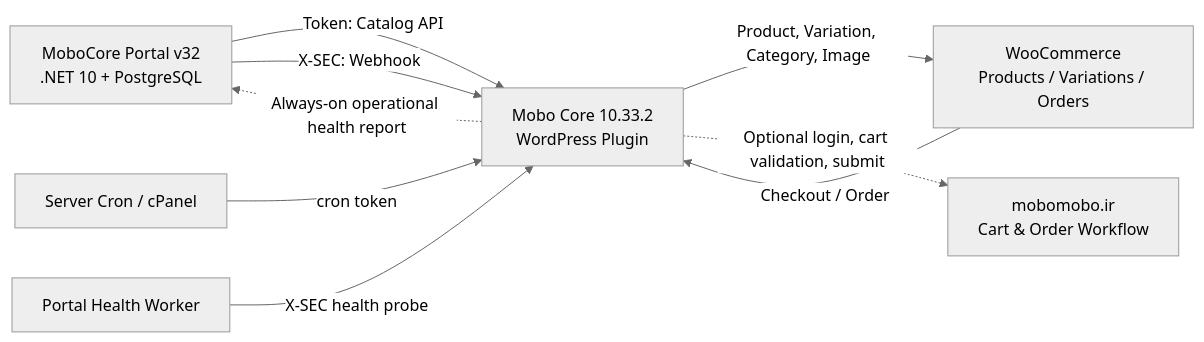
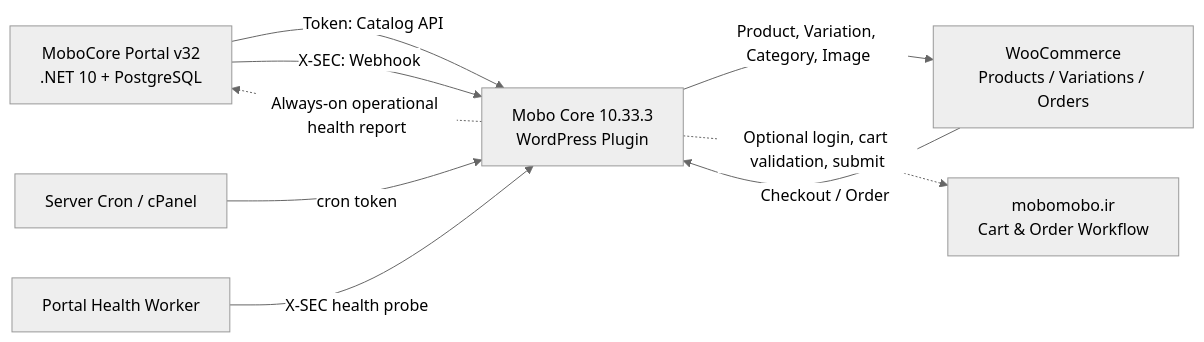
One commit to PedramDev/mobo-core changed the first of 11 diagrams in wp-content/plugins/mobo-core/DIAGRAMS.MD. Above: the diagram before and after it, drawn with Mermaid (neutral theme). The commit also changed other lines of this file and 14 other files, not shown here.

````diff
--- a/wp-content/plugins/mobo-core/DIAGRAMS.MD
+++ b/wp-content/plugins/mobo-core/DIAGRAMS.MD
@@ -21,18 +21,18 @@
 ```mermaid
 flowchart LR
     P["MoboCore Portal v32<br/>.NET 10 + PostgreSQL"]
-    W["Mobo Core 10.33.2<br/>WordPress Plugin"]
+    W["Mobo Core 10.33.3<br/>WordPress Plugin"]
     WC["WooCommerce<br/>Products / Variations / Orders"]
     M["mobomobo.ir<br/>Cart & Order Workflow"]
     C["Server Cron / cPanel"]
     H["Portal Health Worker"]
 
     P -- "Token: Catalog API" --> W
     P -- "X-SEC: Webhook" --> W
     W -- "Product, Variation, Category, Image" --> WC
     WC -- "Checkout / Order" --> W
     W -. "Optional login, cart validation, submit" .-> M
     C -- "cron token" --> W
     H -- "X-SEC health probe" --> W
     W -. "Always-on operational health report" .-> P
 ```
````
